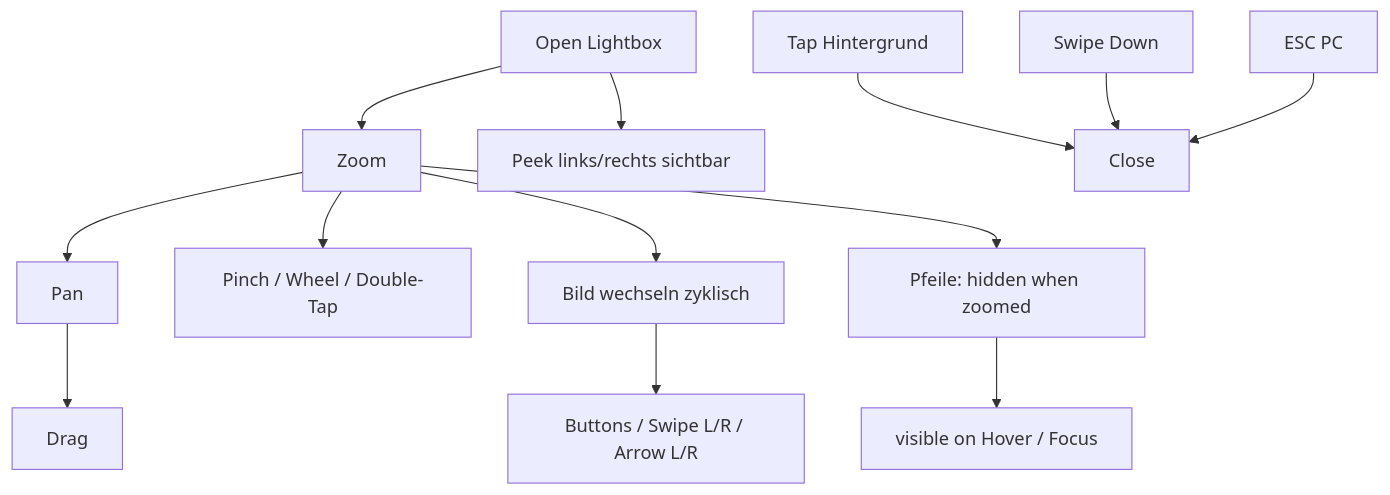
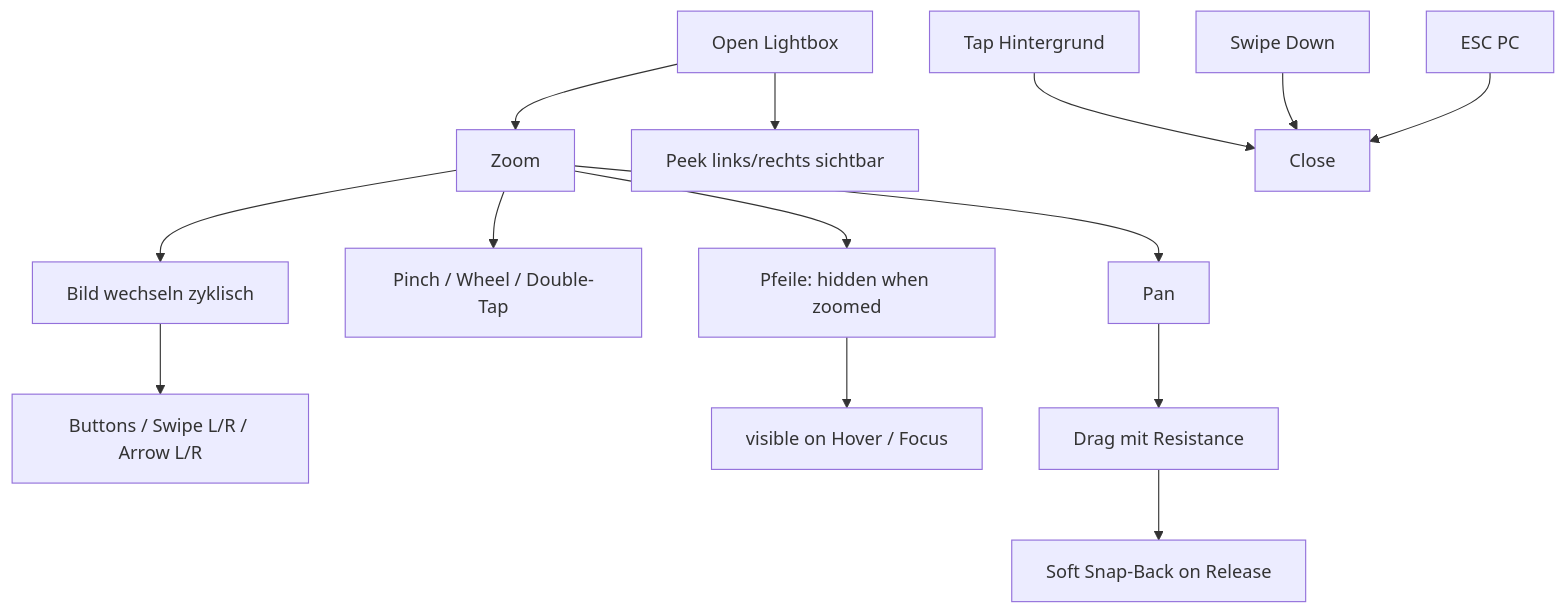
The diagram in docs/Lightbox-Interaktionen.md (w465jt7pm9-cpu/dwd-dashboard), drawn with Mermaid before and after one commit. The commit also changed other lines of this file and 5 other files, not shown here.

Commit message:
Implement US-010 elastic pan snap-back and update docs

````diff
--- a/docs/Lightbox-Interaktionen.md
+++ b/docs/Lightbox-Interaktionen.md
@@ -6,15 +7,16 @@
 ```mermaid
 flowchart TD
   Open[Open Lightbox] --> Zoom
   Zoom --> Pan
   Zoom --> Scale[Pinch / Wheel / Double-Tap]
   Open --> Peek[Peek links/rechts sichtbar]
   Zoom --> SwitchImage[Bild wechseln zyklisch]
   SwitchImage --> NextPrev[Buttons / Swipe L/R / Arrow L/R]
   Zoom --> ArrowVisibility[Pfeile: hidden when zoomed]
   ArrowVisibility --> ArrowHover[visible on Hover / Focus]
-  Pan --> Move[Drag]
+  Pan --> Move[Drag mit Resistance]
+  Move --> SnapBack[Soft Snap-Back on Release]
   TapBg[Tap Hintergrund] --> Close
   SwipeDown[Swipe Down] --> Close
   Esc[ESC PC] --> Close
 ```
````
